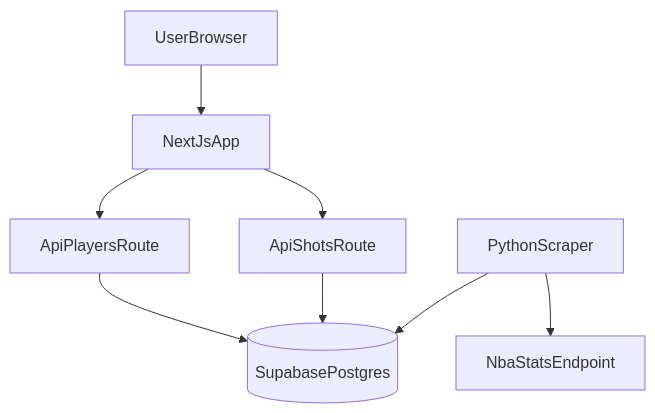
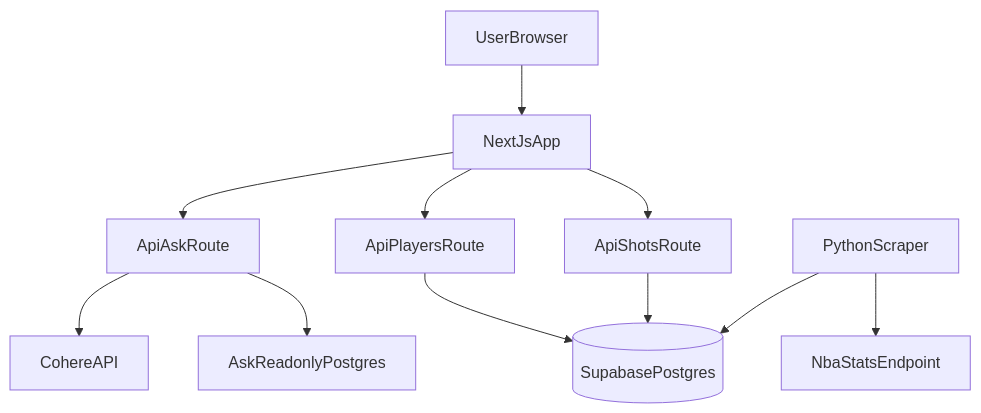
One commit to rjhxu/can-he-shoot changed the diagram in README.md. Above: the diagram before and after it, drawn with Mermaid. The commit also changed other lines of this file and 23 other files, not shown here.

First line of the commit message:
Add natural-language Ask interface with Cohere and read-only SQL.

````diff
--- a/README.md
+++ b/README.md
@@ -154,10 +197,13 @@
 ```mermaid
 flowchart TD
   user[UserBrowser] --> nextApp[NextJsApp]
+  nextApp --> apiAsk[ApiAskRoute]
   nextApp --> apiPlayers[ApiPlayersRoute]
   nextApp --> apiShots[ApiShotsRoute]
+  apiAsk --> cohere[CohereAPI]
+  apiAsk --> pgReadonly[AskReadonlyPostgres]
   apiPlayers --> supabase[(SupabasePostgres)]
   apiShots --> supabase
   scraper[PythonScraper] --> nbaStats[NbaStatsEndpoint]
   scraper --> supabase
 ```
````
